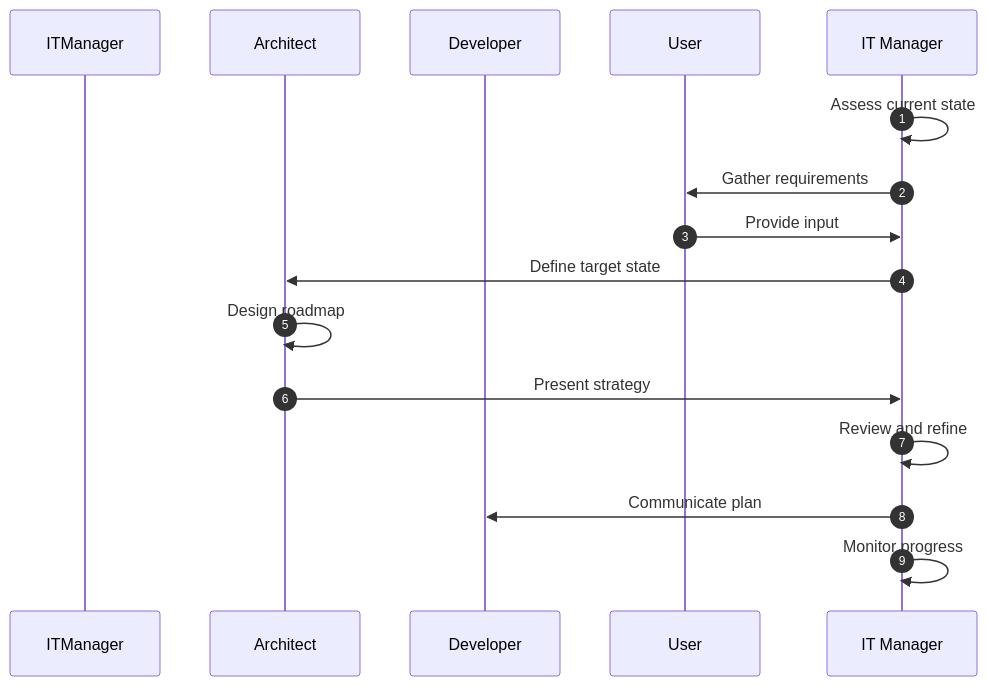
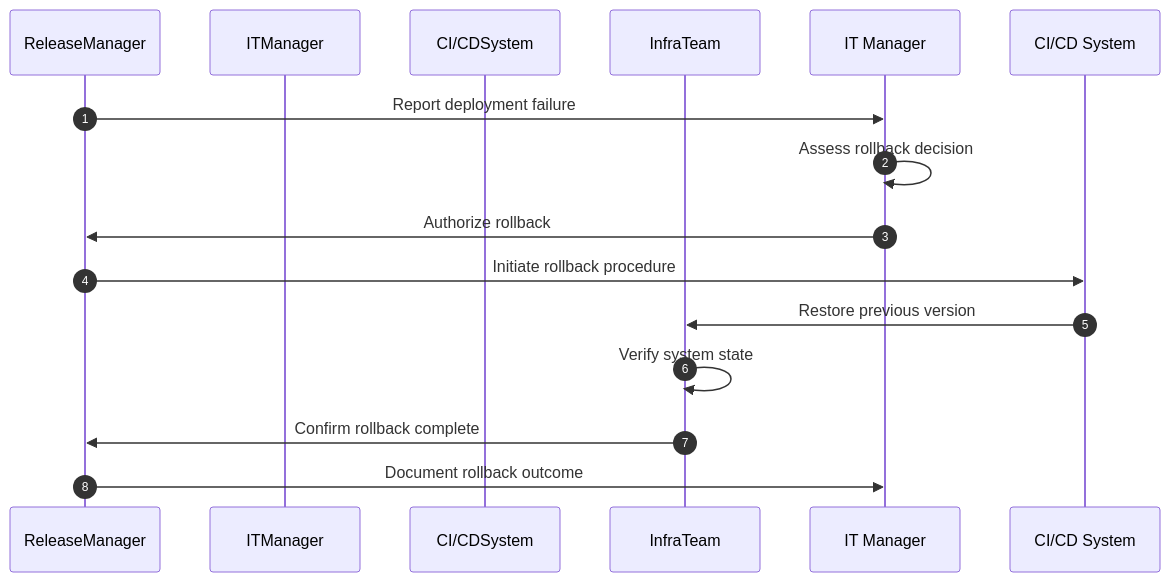
One commit to kziemski/business.org.ai changed the third of 3 diagrams in processes/08-IT/8.6-DeployServicessolutions/8.6.4-ImplementTechnologySolutions/ExecuteRollbackPlan.mdx. Above: the diagram before and after it, drawn with Mermaid. The commit also changed 885 other files, not shown here.

````diff
--- a/processes/08-IT/8.6-DeployServicessolutions/8.6.4-ImplementTechnologySolutions/ExecuteRollbackPlan.mdx
+++ b/processes/08-IT/8.6-DeployServicessolutions/8.6.4-ImplementTechnologySolutions/ExecuteRollbackPlan.mdx
@@ -69,17 +69,16 @@
 ```mermaid
 sequenceDiagram
     autonumber
+    participant ReleaseManager
     participant ITManager
-    participant Architect
-    participant Developer
-    participant User
-    IT Manager->>IT Manager: Assess current state
-    IT Manager->>User: Gather requirements
-    User->>IT Manager: Provide input
-    IT Manager->>Architect: Define target state
-    Architect->>Architect: Design roadmap
-    Architect->>IT Manager: Present strategy
-    IT Manager->>IT Manager: Review and refine
-    IT Manager->>Developer: Communicate plan
-    IT Manager->>IT Manager: Monitor progress
+    participant CI/CDSystem
+    participant InfraTeam
+    ReleaseManager->>IT Manager: Report deployment failure
+    IT Manager->>IT Manager: Assess rollback decision
+    IT Manager->>ReleaseManager: Authorize rollback
+    ReleaseManager->>CI/CD System: Initiate rollback procedure
+    CI/CD System->>InfraTeam: Restore previous version
+    InfraTeam->>InfraTeam: Verify system state
+    InfraTeam->>ReleaseManager: Confirm rollback complete
+    ReleaseManager->>IT Manager: Document rollback outcome
 ```
````
